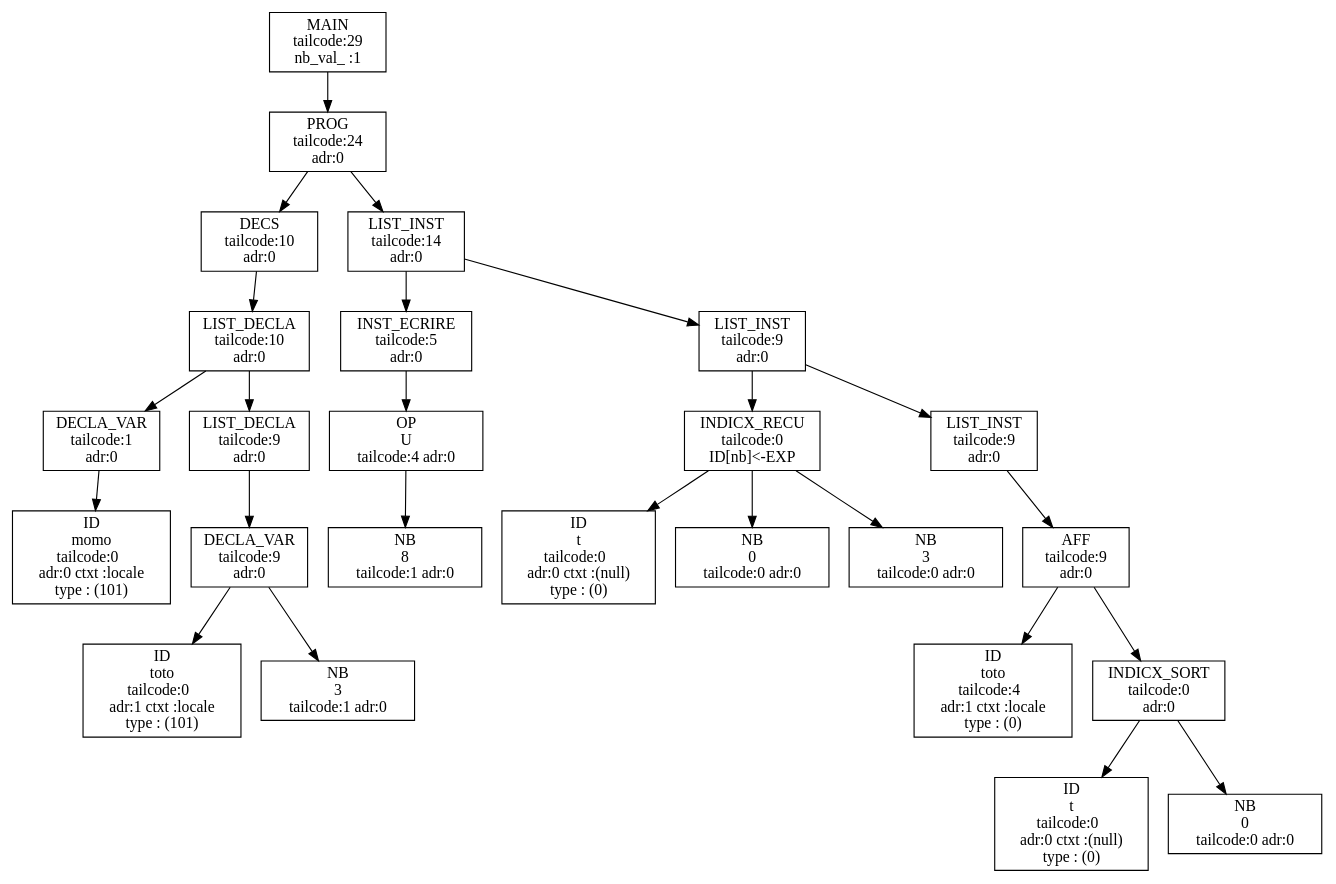
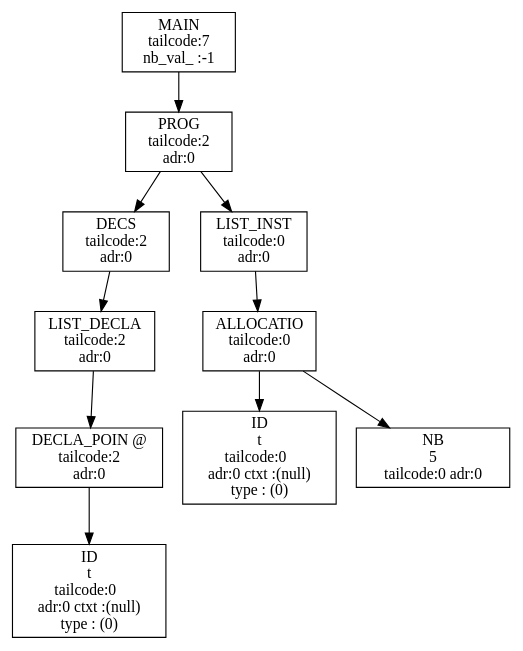
The diagram in out/output.dot (aswailem195/Projet-ARC--Algo-RAM-Compiler--20231213), drawn with Graphviz before and after one commit. The commit also changed 18 other files, not shown here.

```diff
--- a/out/output.dot
+++ b/out/output.dot
@@ -1,100 +1,42 @@
 digraph ASA {
-node0x563851e02e70 [label="MAIN
- tailcode:29 
- nb_val_ :1 \n", shape=box];
-node0x563851e02e70 -> node0x563851e02e20;
-node0x563851e02e20 [label="PROG
- tailcode:24 
+node0x56320bbb69c0 [label="MAIN
+ tailcode:7 
+ nb_val_ :-1 \n", shape=box];
+node0x56320bbb69c0 -> node0x56320bbb6970;
+node0x56320bbb6970 [label="PROG
+ tailcode:2 
  adr:0 \n", shape=box];
-node0x563851e02e20 -> node0x563851e02920;
-node0x563851e02920 [label="DECS
- tailcode:10 
+node0x56320bbb6970 -> node0x56320bbb67e0;
+node0x56320bbb67e0 [label="DECS
+ tailcode:2 
  adr:0 \n", shape=box];
-node0x563851e02920 -> node0x563851e028d0;
-node0x563851e028d0 [label="LIST_DECLA
- tailcode:10 
+node0x56320bbb67e0 -> node0x56320bbb6790;
+node0x56320bbb6790 [label="LIST_DECLA
+ tailcode:2 
  adr:0 \n", shape=box];
-node0x563851e028d0 -> node0x563851e026f0;
-node0x563851e026f0 [label="DECLA_VAR
- tailcode:1 
+node0x56320bbb6790 -> node0x56320bbb66f0;
+node0x56320bbb66f0 [label="DECLA_POIN @
+ tailcode:2 
  adr:0 \n", shape=box];
-node0x563851e026f0 -> node0x563851e02740;
-node0x563851e02740 [label="ID\nmomo
- tailcode:0  
- adr:0 ctxt :locale
- type : (101) \n", shape=box];
-node0x563851e028d0 -> node0x563851e02880;
-node0x563851e02880 [label="LIST_DECLA
- tailcode:9 
- adr:0 \n", shape=box];
-node0x563851e02880 -> node0x563851e027e0;
-node0x563851e027e0 [label="DECLA_VAR
- tailcode:9 
- adr:0 \n", shape=box];
-node0x563851e027e0 -> node0x563851e02830;
-node0x563851e02830 [label="ID\ntoto
- tailcode:0  
- adr:1 ctxt :locale
- type : (101) \n", shape=box];
-node0x563851e027e0 -> node0x563851e02790;
-node0x563851e02790 [label="NB\n3 
- tailcode:1 adr:0 \n", shape=box];
-node0x563851e02e20 -> node0x563851e02dd0;
-node0x563851e02dd0 [label="LIST_INST
- tailcode:14 
- adr:0 \n", shape=box];
-node0x563851e02dd0 -> node0x563851e02a10;
-node0x563851e02a10 [label="INST_ECRIRE
- tailcode:5 
- adr:0 \n", shape=box];
-node0x563851e02a10 -> node0x563851e029c0;
-node0x563851e029c0 [label="OP\nU 
- tailcode:4 adr:0 \n", shape=box];
-node0x563851e029c0 -> node0x563851e02970;
-node0x563851e02970 [label="NB\n8 
- tailcode:1 adr:0 \n", shape=box];
-node0x563851e02dd0 -> node0x563851e02d80;
-node0x563851e02d80 [label="LIST_INST
- tailcode:9 
- adr:0 \n", shape=box];
-node0x563851e02d80 -> node0x563851e02b00;
-node0x563851e02b00 [label="INDICX_RECU
- tailcode:0 
- ID[nb]<-EXP \n", shape=box];
-node0x563851e02b00 -> node0x563851e02b50;
-node0x563851e02b50 [label="ID\nt
+node0x56320bbb66f0 -> node0x56320bbb6740;
+node0x56320bbb6740 [label="ID\nt
  tailcode:0  
  adr:0 ctxt :(null)
  type : (0) \n", shape=box];
-node0x563851e02b00 -> node0x563851e02a60;
-node0x563851e02a60 [label="NB\n0 
- tailcode:0 adr:0 \n", shape=box];
-node0x563851e02b00 -> node0x563851e02ab0;
-node0x563851e02ab0 [label="NB\n3 
- tailcode:0 adr:0 \n", shape=box];
-node0x563851e02d80 -> node0x563851e02d30;
-node0x563851e02d30 [label="LIST_INST
- tailcode:9 
- adr:0 \n", shape=box];
-node0x563851e02d30 -> node0x563851e02c90;
-node0x563851e02c90 [label="AFF
- tailcode:9 
- adr:0 \n", shape=box];
-node0x563851e02c90 -> node0x563851e02ce0;
-node0x563851e02ce0 [label="ID\ntoto
- tailcode:4  
- adr:1 ctxt :locale
- type : (0) \n", shape=box];
-node0x563851e02c90 -> node0x563851e02bf0;
-node0x563851e02bf0 [label="INDICX_SORT
+node0x56320bbb6970 -> node0x56320bbb6920;
+node0x56320bbb6920 [label="LIST_INST
  tailcode:0 
  adr:0 \n", shape=box];
-node0x563851e02bf0 -> node0x563851e02c40;
-node0x563851e02c40 [label="ID\nt
+node0x56320bbb6920 -> node0x56320bbb6880;
+node0x56320bbb6880 [label="ALLOCATIO
+ tailcode:0 
+ adr:0 \n", shape=box];
+node0x56320bbb6880 -> node0x56320bbb68d0;
+node0x56320bbb68d0 [label="ID\nt
  tailcode:0  
  adr:0 ctxt :(null)
  type : (0) \n", shape=box];
-node0x563851e02bf0 -> node0x563851e02ba0;
-node0x563851e02ba0 [label="NB\n0 
+node0x56320bbb6880 -> node0x56320bbb6830;
+node0x56320bbb6830 [label="NB\n5 
  tailcode:0 adr:0 \n", shape=box];
 }
```
